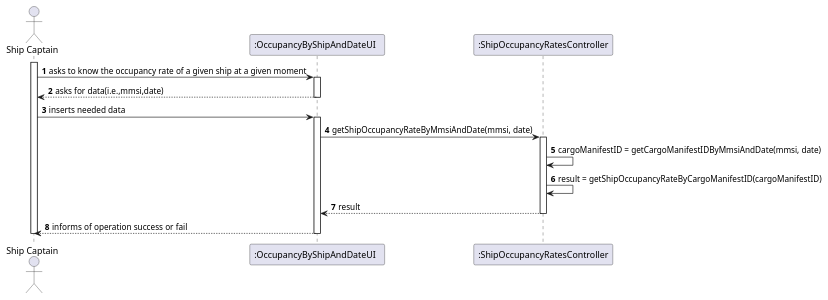
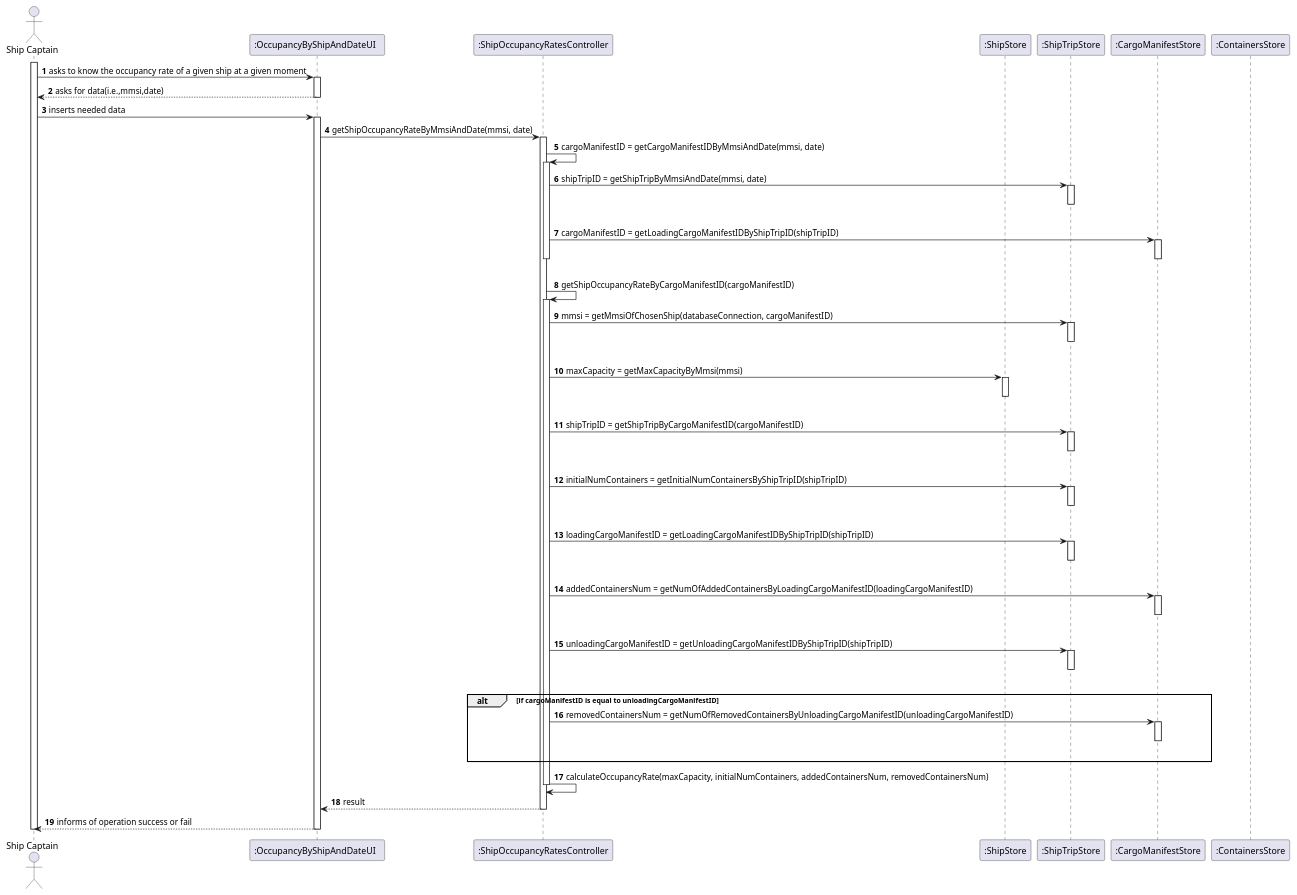
One commit to ana-albergaria/LAPR3-ISEP changed the diagram in docs/US209/US_209_SD.puml. Above: the diagram before and after it, drawn with PlantUML. The commit also changed 3 other files, not shown here.

```diff
--- a/docs/US209/US_209_SD.puml
+++ b/docs/US209/US_209_SD.puml
@@ -1,30 +1,92 @@
 @startuml
 autonumber
 'hide footbox
 actor "Ship Captain" as SC
 participant ":OccupancyByShipAndDateUI  " as UI
 participant ":ShipOccupancyRatesController" as CTRL
+participant ":ShipStore" as SS
+participant ":ShipTripStore" as STS
+participant ":CargoManifestStore" as CMS
+participant ":ContainersStore" as CS
 'participant ":Company" as CMP
 'participant ":ShipStore" as STORE
 'participant ":ShipsBST" as SBST
 'participant ":Ship" as SHIP
 
 activate SC
 SC -> UI : asks to know the occupancy rate of a given ship at a given moment
 activate UI
 UI --> SC : asks for data(i.e.,mmsi,date)
 deactivate UI
 SC -> UI : inserts needed data
 activate UI
 UI -> CTRL : getShipOccupancyRateByMmsiAndDate(mmsi, date)
 activate CTRL
 CTRL -> CTRL : cargoManifestID = getCargoManifestIDByMmsiAndDate(mmsi, date)
+activate CTRL
+'tenho de ver a ship trip com esse mmsi e data no intervalo
+'e tenho de ir buscar o loading
+CTRL -> STS : shipTripID = getShipTripByMmsiAndDate(mmsi, date)
+activate STS
+|||
+deactivate STS
+CTRL -> CMS : cargoManifestID = getLoadingCargoManifestIDByShipTripID(shipTripID)
+activate CMS
+|||
+deactivate CMS
+deactivate CTRL
 
-CTRL -> CTRL : result = getShipOccupancyRateByCargoManifestID(cargoManifestID)
+
+CTRL -> CTRL : getShipOccupancyRateByCargoManifestID(cargoManifestID)
+activate CTRL
+
+CTRL -> STS : mmsi = getMmsiOfChosenShip(databaseConnection, cargoManifestID)
+'tenho de saber se procuro o cargoManifestID na parte do loadingID ou do unloadingID
+activate STS
+|||
+deactivate STS
+'preciso da capacidade total em nr de contentores
+'preciso do numero de contetores atualmente no ship
+CTRL -> SS : maxCapacity = getMaxCapacityByMmsi(mmsi)
+activate SS
+|||
+deactivate SS
+CTRL -> STS : shipTripID = getShipTripByCargoManifestID(cargoManifestID)
+'o loading_cargo_id ou o unloading_cargo_id têm de ter esse id
+activate STS
+|||
+deactivate STS
+CTRL -> STS: initialNumContainers = getInitialNumContainersByShipTripID(shipTripID)
+activate STS
+|||
+deactivate STS
+CTRL -> STS: loadingCargoManifestID = getLoadingCargoManifestIDByShipTripID(shipTripID)
+activate STS
+|||
+deactivate STS
+CTRL -> CMS: addedContainersNum = getNumOfAddedContainersByLoadingCargoManifestID(loadingCargoManifestID)
+activate CMS
+|||
+deactivate CMS
+CTRL -> STS: unloadingCargoManifestID = getUnloadingCargoManifestIDByShipTripID(shipTripID)
+activate STS
+|||
+deactivate STS
+alt if cargoManifestID is equal to unloadingCargoManifestID
+CTRL -> CMS: removedContainersNum = getNumOfRemovedContainersByUnloadingCargoManifestID(unloadingCargoManifestID)
+activate CMS
+|||
+deactivate CMS
+end
+CTRL -> CTRL : calculateOccupancyRate(maxCapacity, initialNumContainers, addedContainersNum, removedContainersNum)
+deactivate CTRL
+
+
+
 CTRL --> UI : result
 deactivate CTRL
 UI --> SC : informs of operation success or fail
 deactivate UI
 deactivate SC
 
 @enduml
```
